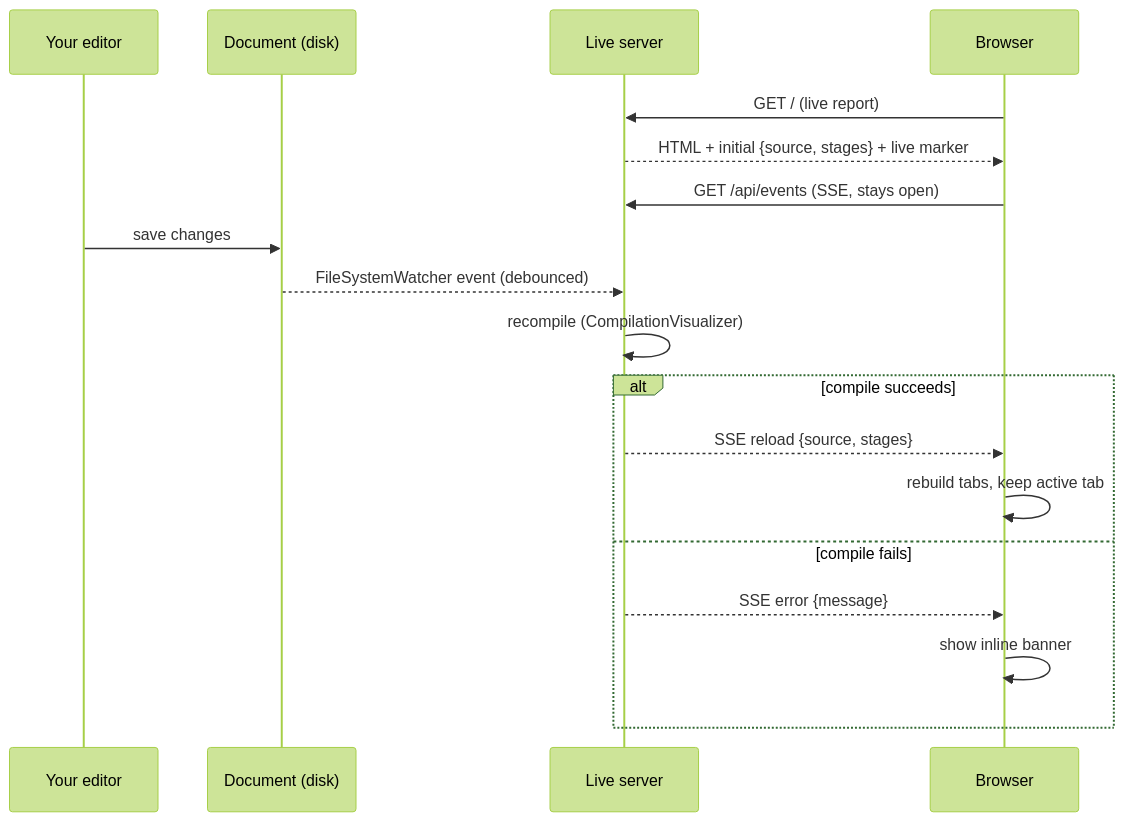
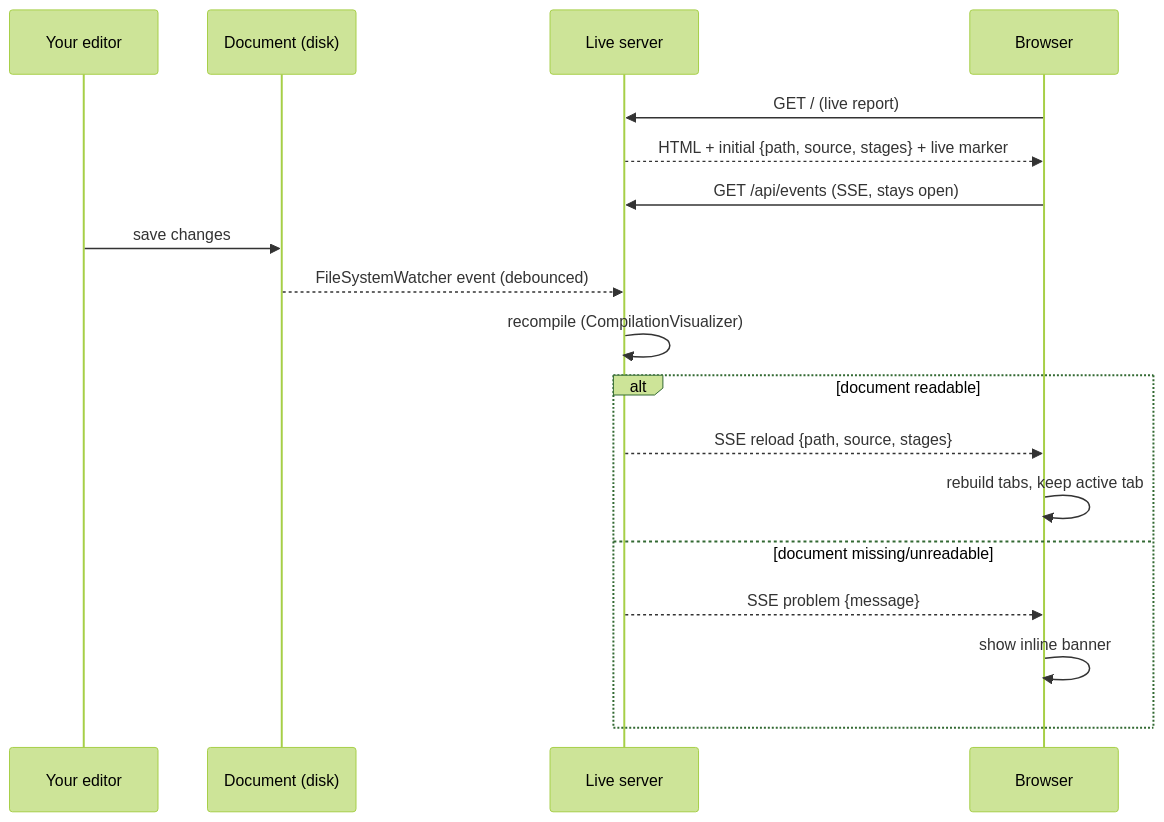
The second of 2 diagrams in docs/Implementation Notes/Live Visualization - Hot Reload.md (pengzhengyi/godot-dialoguedown), drawn with Mermaid (forest theme) before and after one commit. The commit also changed other lines of this file and 3 other files, not shown here.

First line of the commit message:
docs(live-hot-reload): reconcile the note with the build; document the CLI

````diff
--- a/docs/Implementation Notes/Live Visualization - Hot Reload.md
+++ b/docs/Implementation Notes/Live Visualization - Hot Reload.md
@@ -135,21 +141,21 @@
 ```mermaid
 sequenceDiagram
     participant Editor as Your editor
     participant Disk as Document (disk)
     participant Server as Live server
     participant Browser
 
     Browser->>Server: GET / (live report)
-    Server-->>Browser: HTML + initial {source, stages} + live marker
+    Server-->>Browser: HTML + initial {path, source, stages} + live marker
     Browser->>Server: GET /api/events (SSE, stays open)
     Editor->>Disk: save changes
     Disk-->>Server: FileSystemWatcher event (debounced)
     Server->>Server: recompile (CompilationVisualizer)
-    alt compile succeeds
-        Server-->>Browser: SSE reload {source, stages}
+    alt document readable
+        Server-->>Browser: SSE reload {path, source, stages}
         Browser->>Browser: rebuild tabs, keep active tab
-    else compile fails
-        Server-->>Browser: SSE error {message}
+    else document missing/unreadable
+        Server-->>Browser: SSE problem {message}
         Browser->>Browser: show inline banner
     end
 ```
````
